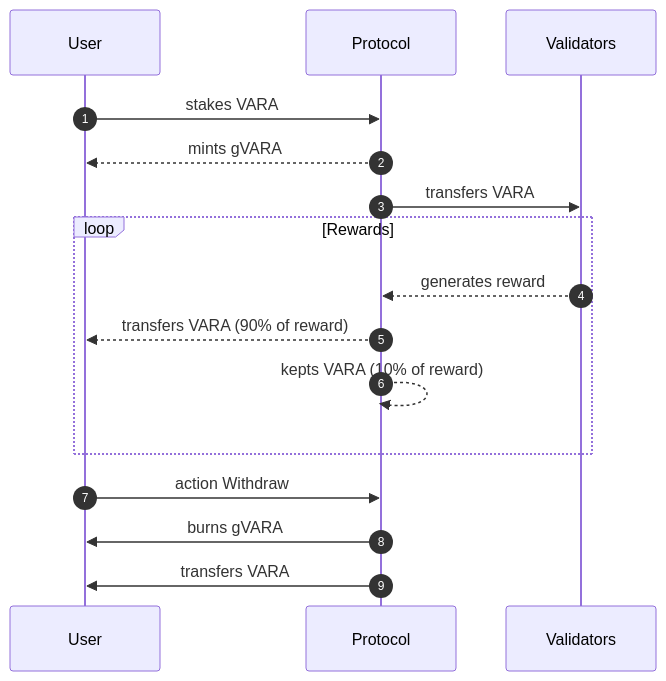
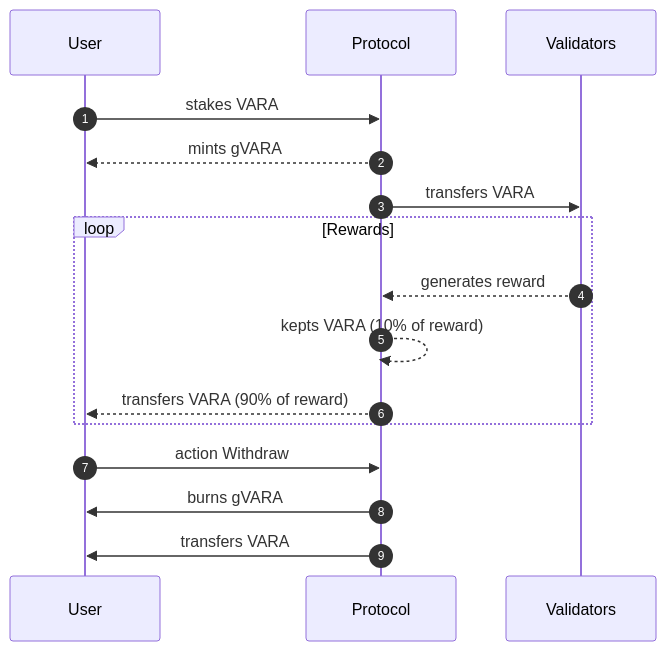
The diagram in README.md (germangleza/GuardianProtocol), drawn with Mermaid before and after one commit. The commit also changed other lines of this file, not shown here.

Commit message:
First diagram

````diff
--- a/README.md
+++ b/README.md
@@ -3,17 +3,17 @@
 ```mermaid
 sequenceDiagram
     autonumber
     User ->> Protocol: stakes VARA
     Protocol -->> User: mints gVARA
     Protocol ->> Validators: transfers VARA
 
     loop Rewards
         Validators -->> Protocol: generates reward
+        Protocol -->> Protocol: kepts VARA (10% of reward)
         Protocol -->> User: transfers VARA (90% of reward)
-        Protocol -->> Protocol: kepts VARA (10% of reward)
     end
 
     User ->> Protocol: action Withdraw
     Protocol ->> User: burns gVARA
     Protocol ->> User: transfers VARA
 ```
````
